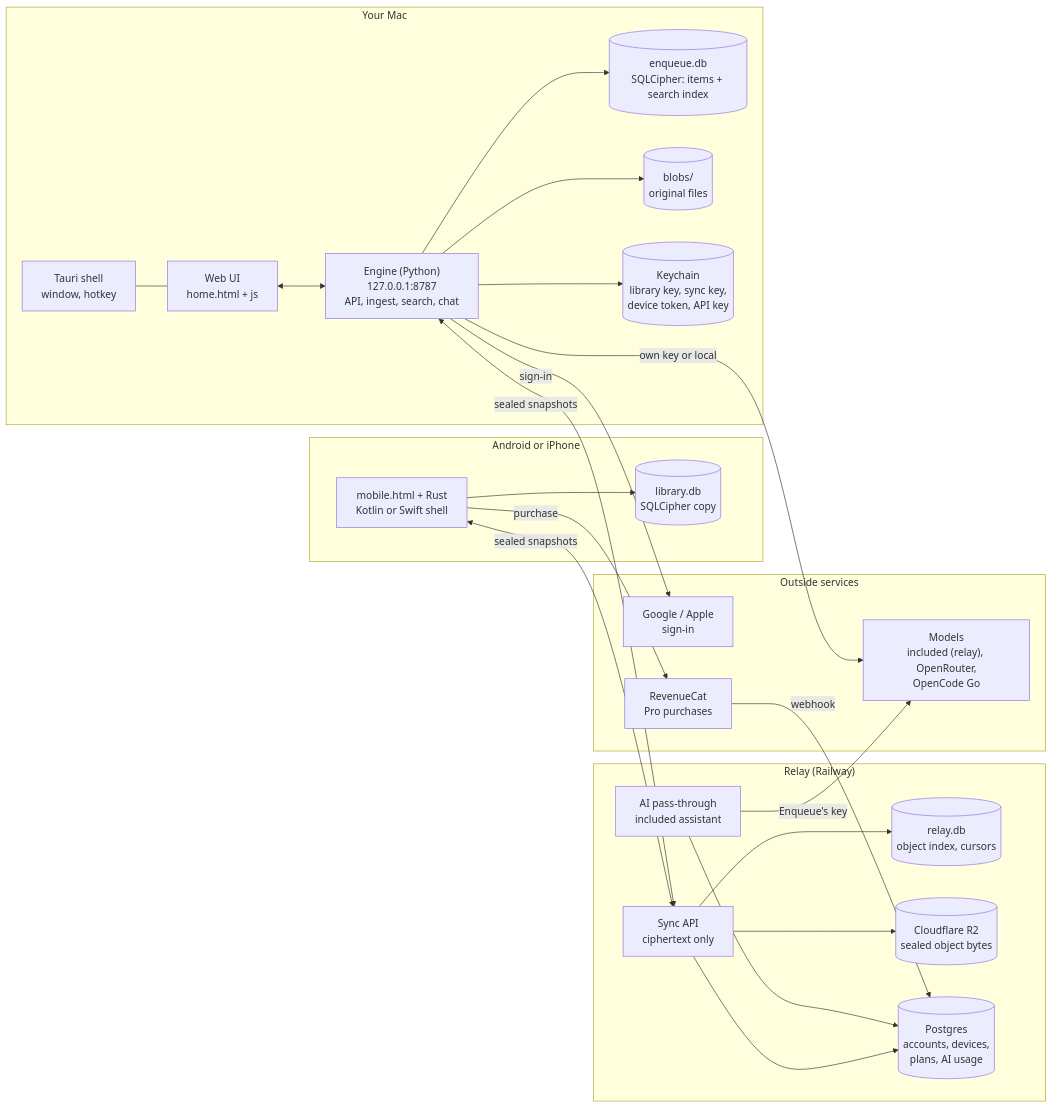
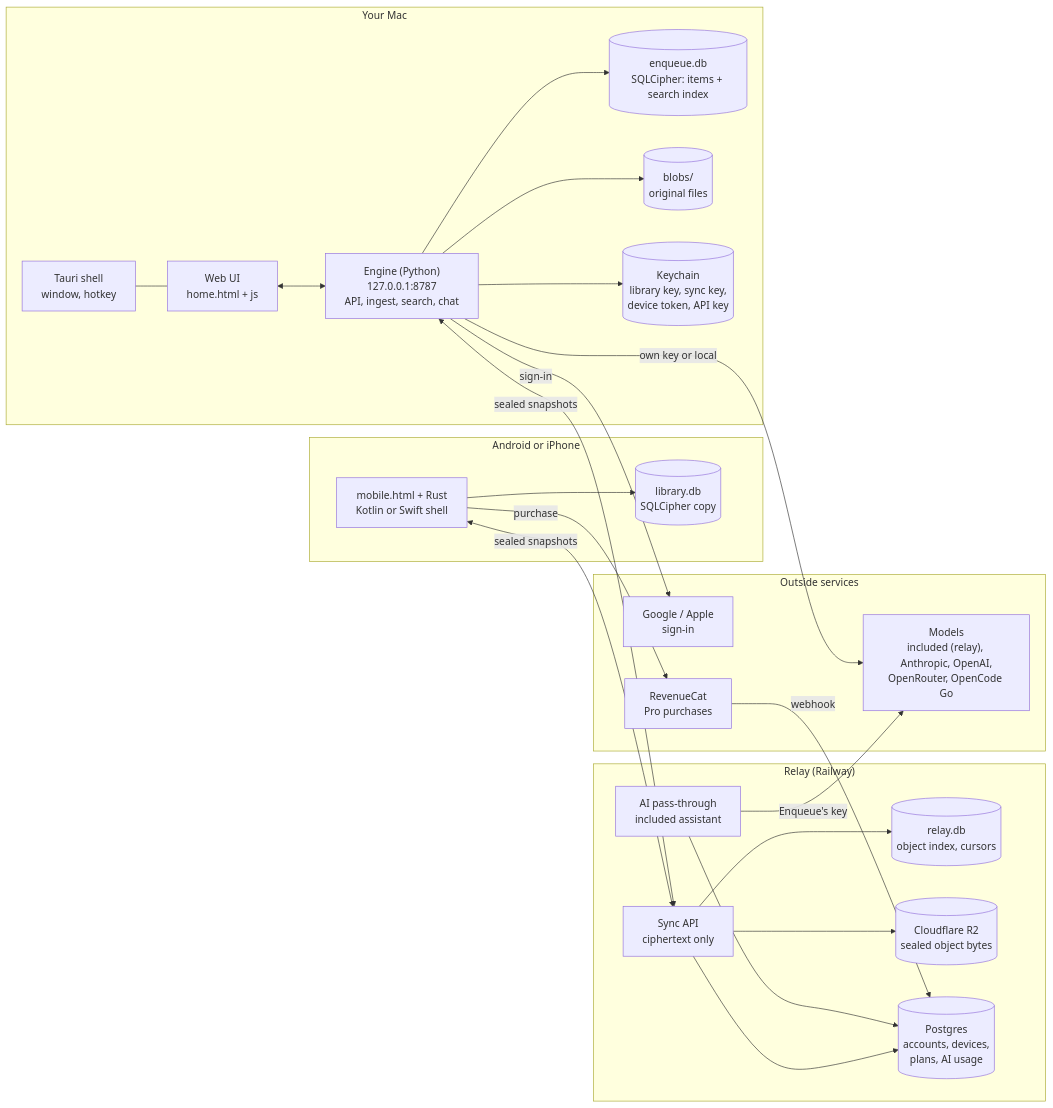
One commit to sudohnim/enqueue changed the first of 3 diagrams in docs/ARCHITECTURE.md. Above: the diagram before and after it, drawn with Mermaid. The commit also changed 37 other files, not shown here.

````diff
--- a/docs/ARCHITECTURE.md
+++ b/docs/ARCHITECTURE.md
@@ -8,48 +8,48 @@
 ```mermaid
 flowchart LR
   subgraph Mac["Your Mac"]
     Shell["Tauri shell<br/>window, hotkey"]
     UI["Web UI<br/>home.html + js"]
     Engine["Engine (Python)<br/>127.0.0.1:8787<br/>API, ingest, search, chat"]
     DB[("enqueue.db<br/>SQLCipher: items + search index")]
     Blobs[("blobs/<br/>original files")]
     Keychain[("Keychain<br/>library key, sync key,<br/>device token, API key")]
     Shell --- UI
     UI <--> Engine
     Engine --> DB
     Engine --> Blobs
     Engine --> Keychain
   end
 
   subgraph Relay["Relay (Railway)"]
     SyncAPI["Sync API<br/>ciphertext only"]
     Index[("relay.db<br/>object index, cursors")]
     R2[("Cloudflare R2<br/>sealed object bytes")]
     Accounts[("Postgres<br/>accounts, devices,<br/>plans, AI usage")]
     AI["AI pass-through<br/>included assistant"]
     SyncAPI --> Index
     SyncAPI --> R2
     SyncAPI --> Accounts
     AI --> Accounts
   end
 
   subgraph Phone["Android or iPhone"]
     App["mobile.html + Rust<br/>Kotlin or Swift shell"]
     PhoneDB[("library.db<br/>SQLCipher copy")]
     App --> PhoneDB
   end
 
   subgraph Outside["Outside services"]
     Sign["Google / Apple<br/>sign-in"]
     RC["RevenueCat<br/>Pro purchases"]
-    Models["Models<br/>included (relay), OpenRouter,<br/>OpenCode Go"]
+    Models["Models<br/>included (relay), Anthropic, OpenAI,<br/>OpenRouter, OpenCode Go"]
   end
 
   Engine <-->|sealed snapshots| SyncAPI
   App <-->|sealed snapshots| SyncAPI
   Engine -->|own key or local| Models
   AI -->|Enqueue's key| Models
   Engine -->|sign-in| Sign
   RC -->|webhook| Accounts
   App -->|purchase| RC
 ```
````
